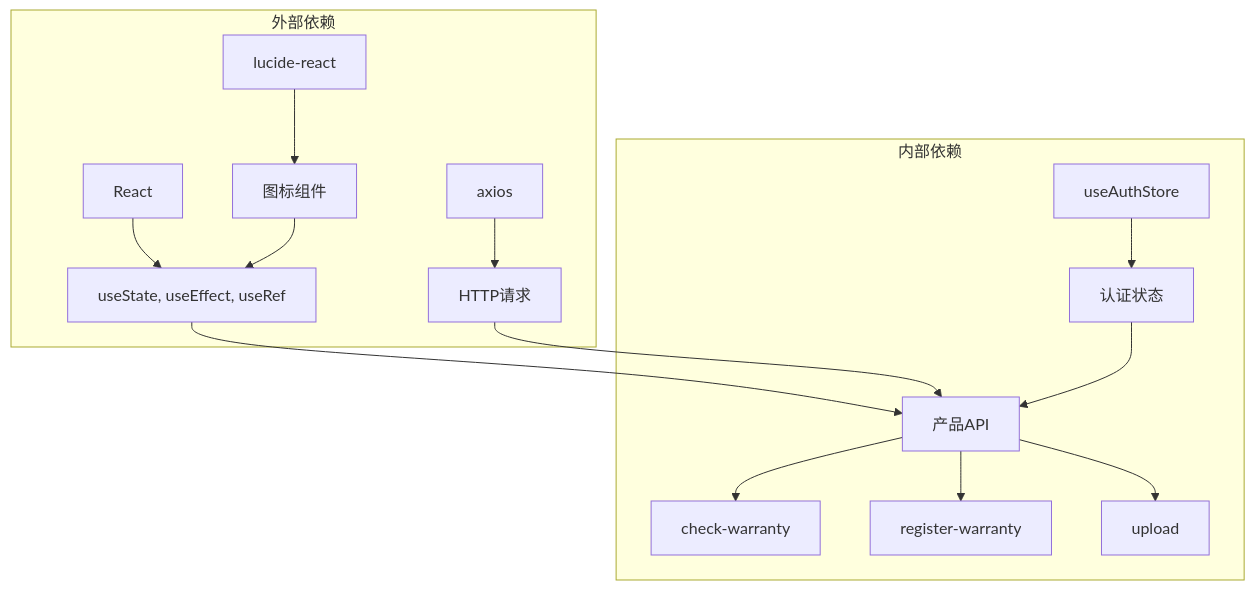
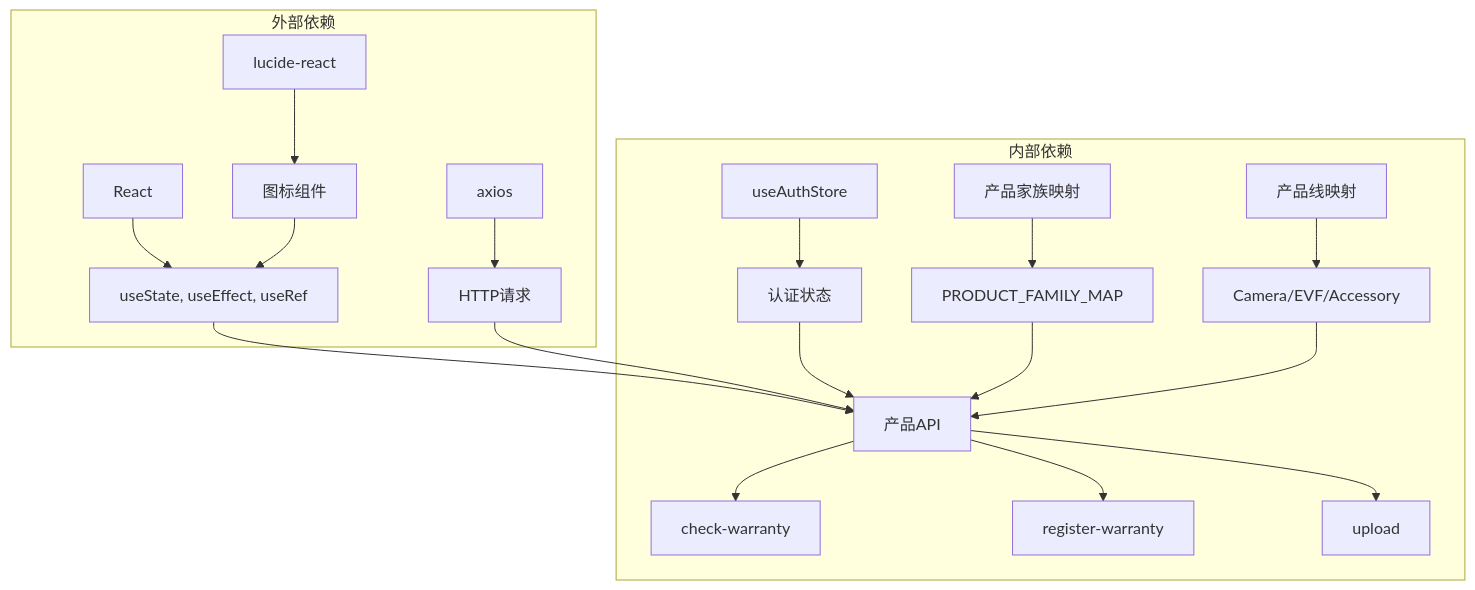
One commit to CubeEdge/Longhorn changed the seventh of 8 diagrams in .qoder/repowiki/zh/content/前端组件架构/保修注册模态框组件.md. Above: the diagram before and after it, drawn with Mermaid. The commit also changed other lines of this file and 3 other files, not shown here.

````diff
--- a/.qoder/repowiki/zh/content/前端组件架构/保修注册模态框组件.md
+++ b/.qoder/repowiki/zh/content/前端组件架构/保修注册模态框组件.md
@@ -249,18 +318,22 @@
 ```mermaid
 graph TB
 subgraph "外部依赖"
 A[React] --> B[useState, useEffect, useRef]
 C[axios] --> D[HTTP请求]
 E[lucide-react] --> F[图标组件]
 end
 subgraph "内部依赖"
 G[useAuthStore] --> H[认证状态]
 I[产品API] --> J[check-warranty]
 I --> K[register-warranty]
 I --> L[upload]
+M[产品家族映射] --> N[PRODUCT_FAMILY_MAP]
+O[产品线映射] --> P[Camera/EVF/Accessory]
 end
 B --> I
 D --> I
 F --> B
 H --> I
+N --> I
+P --> I
 ```
````
